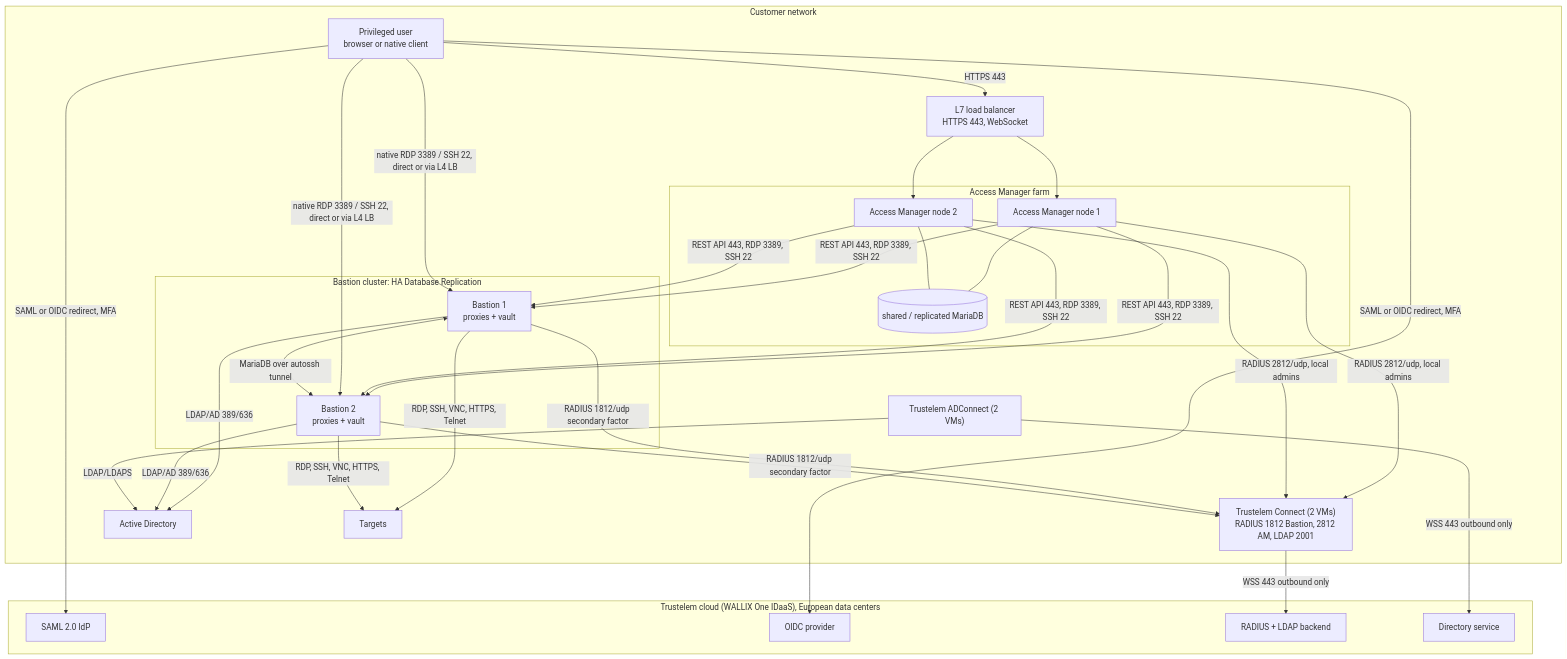
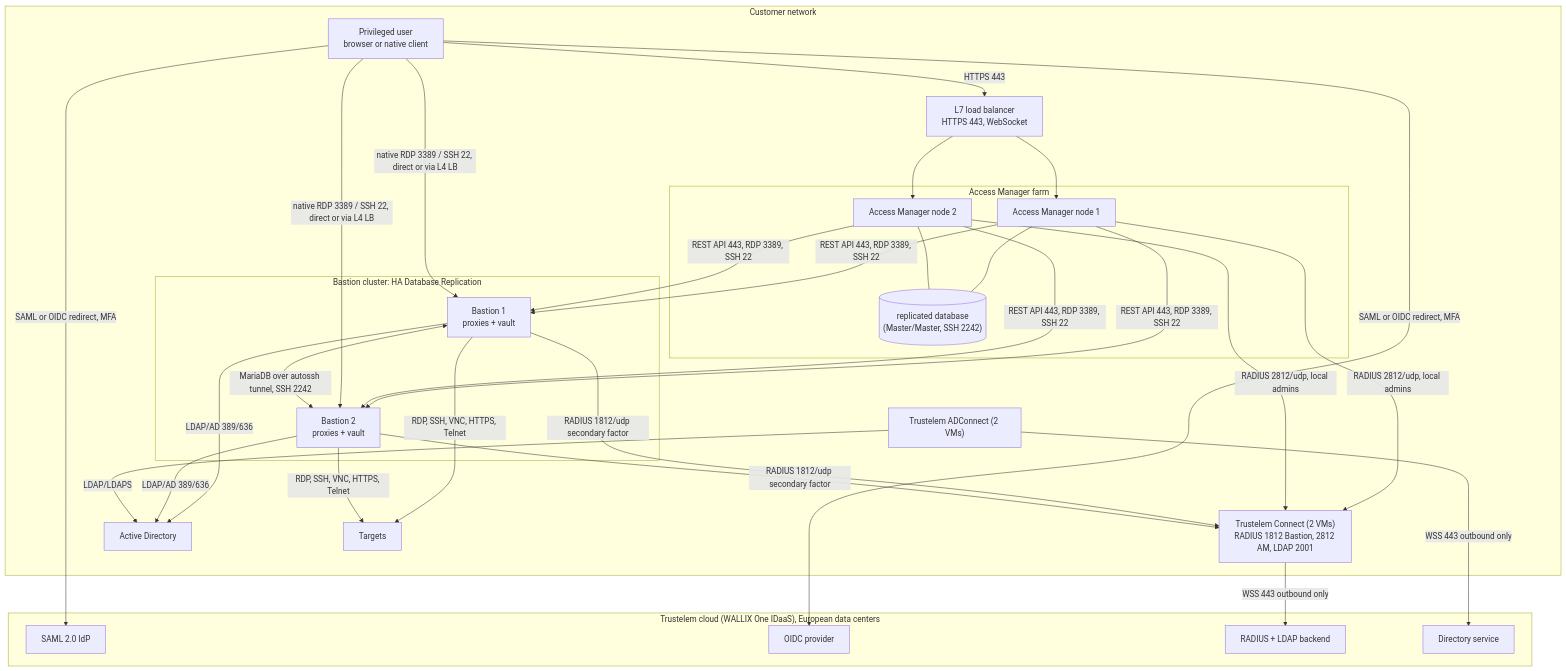
One commit to morandeirachema/Trustelem- changed the diagram in tools/diagrams/01-high-level.mmd. Above: the diagram before and after it, drawn with Mermaid. The commit also changed 22 other files, not shown here.

```diff
--- a/tools/diagrams/01-high-level.mmd
+++ b/tools/diagrams/01-high-level.mmd
@@ -1,39 +1,39 @@
 flowchart TB
     subgraph CLOUD["Trustelem cloud (WALLIX One IDaaS), European data centers"]
         SAML["SAML 2.0 IdP"]
         OIDC["OIDC provider"]
         RAD["RADIUS + LDAP backend"]
         DIR["Directory service"]
     end
     subgraph ONPREM["Customer network"]
         USER["Privileged user<br/>browser or native client"]
         LB["L7 load balancer<br/>HTTPS 443, WebSocket"]
         subgraph AMC["Access Manager farm"]
             AM1["Access Manager node 1"]
             AM2["Access Manager node 2"]
-            DB[("shared / replicated MariaDB")]
+            DB[("replicated database<br/>(Master/Master, SSH 2242)")]
         end
         subgraph BC["Bastion cluster: HA Database Replication"]
             B1["Bastion 1<br/>proxies + vault"]
             B2["Bastion 2<br/>proxies + vault"]
         end
         CONNECT["Trustelem Connect (2 VMs)<br/>RADIUS 1812 Bastion, 2812 AM, LDAP 2001"]
         ADC["Trustelem ADConnect (2 VMs)"]
         AD["Active Directory"]
         TGT["Targets"]
     end
     USER -->|HTTPS 443| LB
     USER -->|SAML or OIDC redirect, MFA| SAML & OIDC
     LB --> AM1 & AM2
     AM1 --- DB
     AM2 --- DB
     AM1 & AM2 -->|REST API 443, RDP 3389, SSH 22| B1 & B2
     USER -->|native RDP 3389 / SSH 22, direct or via L4 LB| B1 & B2
     AM1 & AM2 -->|RADIUS 2812/udp, local admins| CONNECT
-    B1 <-->|MariaDB over autossh tunnel| B2
+    B1 <-->|MariaDB over autossh tunnel, SSH 2242| B2
     B1 & B2 -->|RADIUS 1812/udp secondary factor| CONNECT
     B1 & B2 -->|LDAP/AD 389/636| AD
     CONNECT -->|WSS 443 outbound only| RAD
     ADC -->|LDAP/LDAPS| AD
     ADC -->|WSS 443 outbound only| DIR
     B1 & B2 -->|RDP, SSH, VNC, HTTPS, Telnet| TGT
```
